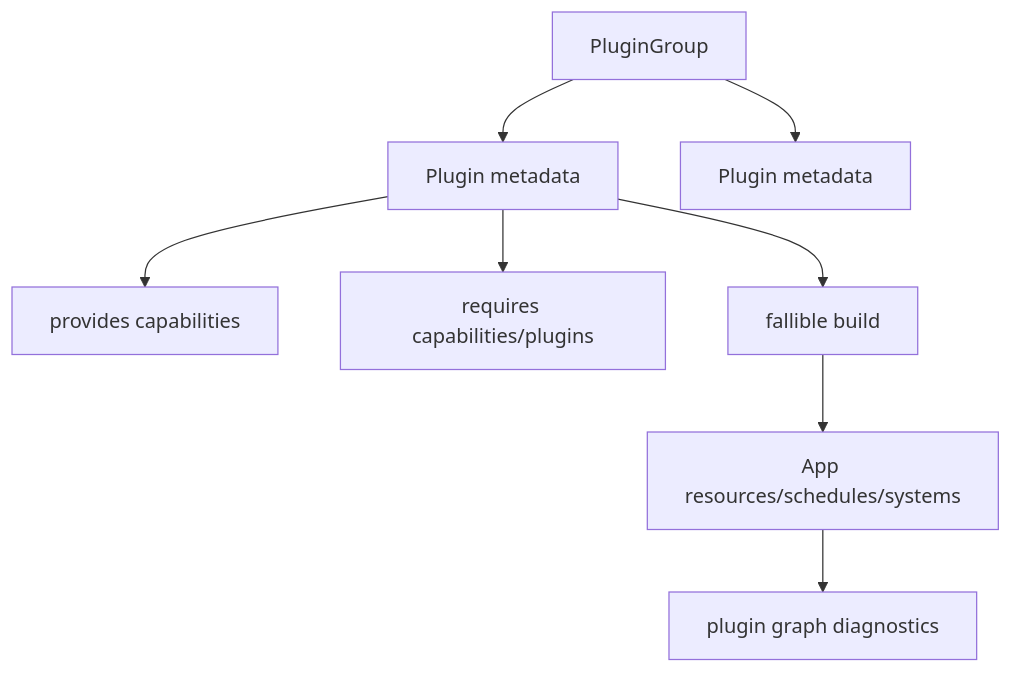
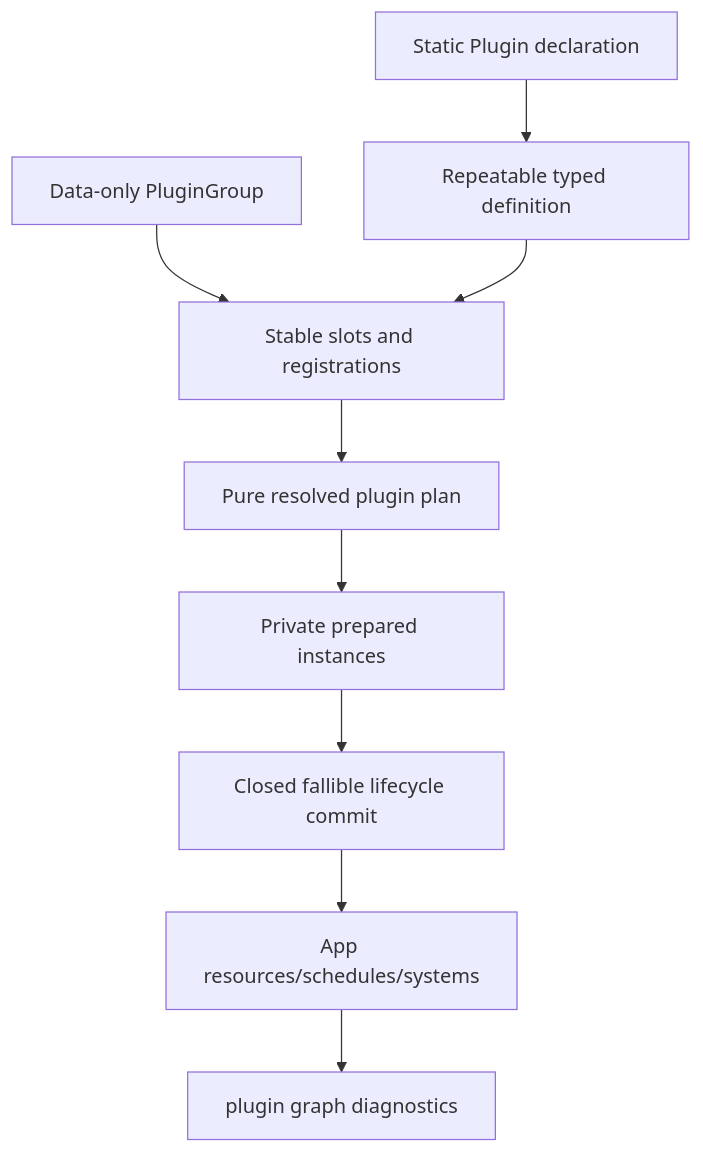
One commit to Latias94/nara changed the diagram in docs/architecture/adr/0046-plugin-metadata-and-default-plugin-groups.md. Above: the diagram before and after it, drawn with Mermaid. The commit also changed other lines of this file and 13 other files, not shown here.

First line of the commit message:
docs(architecture): close plugin composition contract

````diff
--- a/docs/architecture/adr/0046-plugin-metadata-and-default-plugin-groups.md
+++ b/docs/architecture/adr/0046-plugin-metadata-and-default-plugin-groups.md
@@ -28,10 +29,11 @@
 ```mermaid
 flowchart TD
-    Group[PluginGroup] --> PluginA[Plugin metadata]
-    Group --> PluginB[Plugin metadata]
-    PluginA --> Provides[provides capabilities]
-    PluginA --> Requires[requires capabilities/plugins]
-    PluginA --> Build[fallible build]
+    Group[Data-only PluginGroup] --> Entries[Stable slots and registrations]
+    Declaration[Static Plugin declaration] --> Definition[Repeatable typed definition]
+    Definition --> Entries
+    Entries --> Plan[Pure resolved plugin plan]
+    Plan --> Prepare[Private prepared instances]
+    Prepare --> Build[Closed fallible lifecycle commit]
     Build --> App[App resources/schedules/systems]
     App --> Diagnostics[plugin graph diagnostics]
 ```
````
